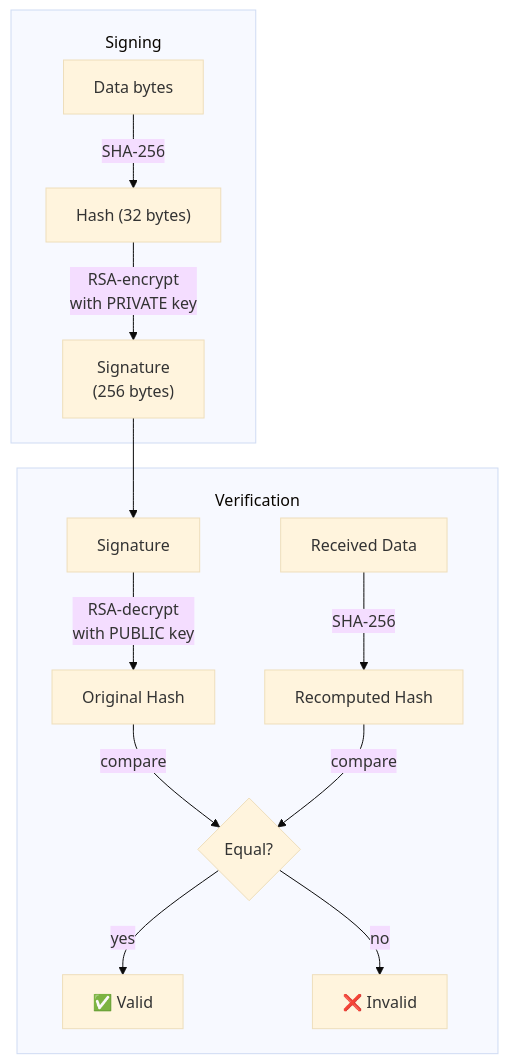
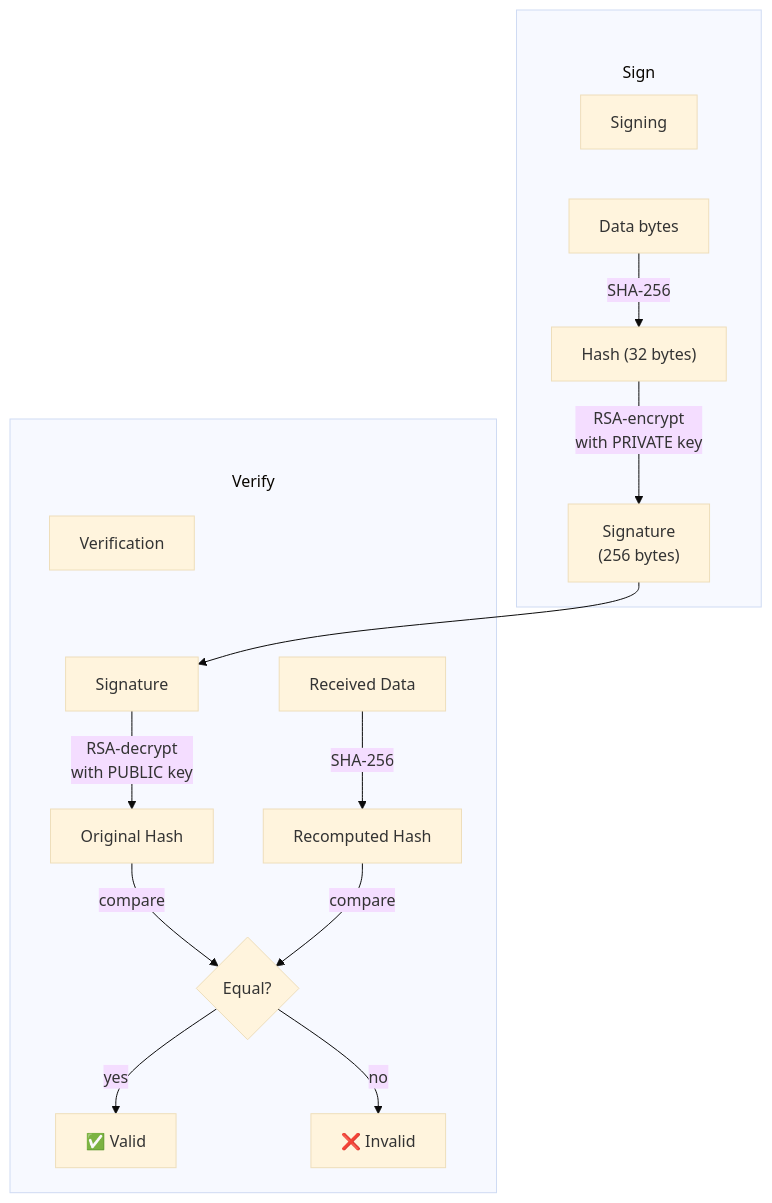
One commit to csoares/SecurityJava changed the fifth of 9 diagrams in src/main/java/security/encryption/integrity/README.md. Above: the diagram before and after it, drawn with Mermaid (base theme). The commit also changed other lines of this file and 11 other files, not shown here.

Commit message:
Fix Mermaid subgraph title overlap by moving labels into title nodes Replace subgraph label syntax (which overlaps first node) with explicit title nodes inside each subgraph, connected via invisible edges (~~~). Also increase subGraphTitleMargin top padding from 20 to 50 for extra space.

````diff
--- a/src/main/java/security/encryption/integrity/README.md
+++ b/src/main/java/security/encryption/integrity/README.md
@@ -93,18 +97,22 @@
 ```mermaid
-%%{init: {'flowchart': {'subGraphTitleMargin': {'top': 20, 'bottom': 5}}}}%%
+%%{init: {'flowchart': {'subGraphTitleMargin': {'top': 50, 'bottom': 10}}}}%%
 flowchart TD
-    subgraph Sign ["Signing"]
+    subgraph Sign
+        T_Sign["Signing"]
+        T_Sign ~~~ DATA
         DATA["Data bytes"] -->|"SHA-256"| HASH["Hash (32 bytes)"]
         HASH -->|"RSA-encrypt<br/>with PRIVATE key"| SIG["Signature<br/>(256 bytes)"]
     end
 
-    subgraph Verify ["Verification"]
+    subgraph Verify
+        T_Verify["Verification"]
+        T_Verify ~~~ SIG2
         SIG2["Signature"] -->|"RSA-decrypt<br/>with PUBLIC key"| HASH2["Original Hash"]
         DATA2["Received Data"] -->|"SHA-256"| HASH3["Recomputed Hash"]
         HASH2 & HASH3 -->|"compare"| RESULT{"Equal?"}
         RESULT -->|"yes"| VALID["✅ Valid"]
         RESULT -->|"no"| INVALID["❌ Invalid"]
     end
 
     SIG --> SIG2
 ```
````
